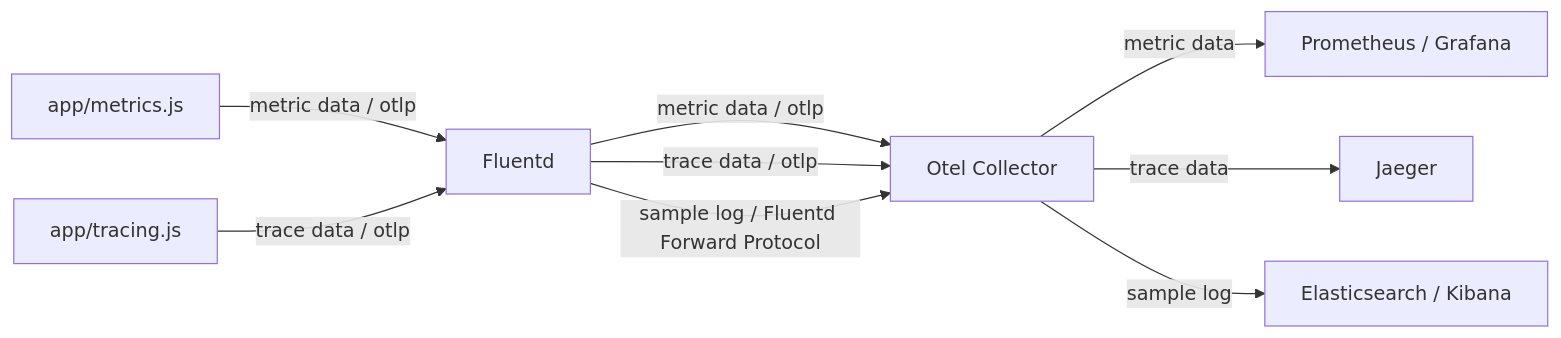
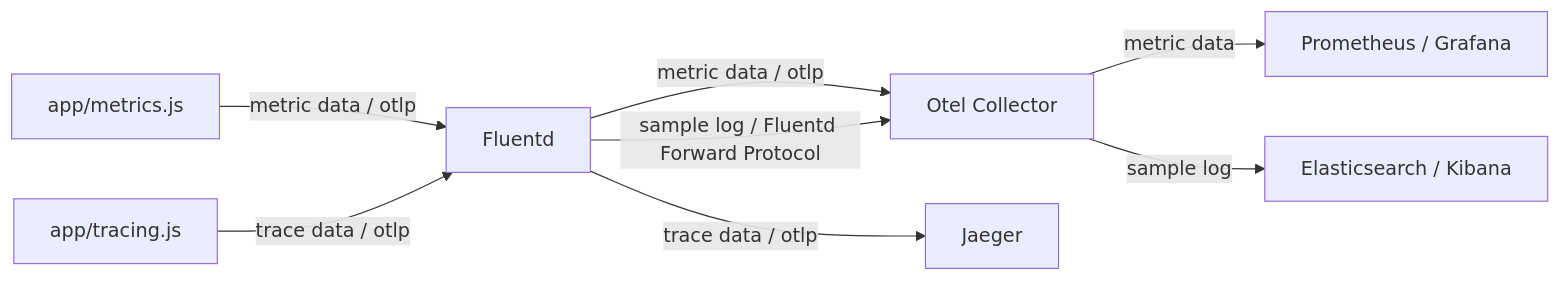
One commit to fluent-plugins-nursery/fluent-plugin-opentelemetry changed the diagram in example/README.md. Above: the diagram before and after it, drawn with Mermaid. The commit also changed 6 other files, not shown here.

````diff
--- a/example/README.md
+++ b/example/README.md
@@ -13,11 +13,10 @@
 ```mermaid
 flowchart LR
     A[app/metrics.js] -->|metric data / otlp| C[Fluentd]
     B[app/tracing.js] -->|trace data / otlp| C[Fluentd]
     C[Fluentd] -->|metric data / otlp| D[Otel Collector]
-    C[Fluentd] -->|trace data / otlp| D[Otel Collector]
+    C[Fluentd] -->|trace data / otlp| F[Jaeger]
     C[Fluentd] -->|sample log / Fluentd Forward Protocol| D[Otel Collector]
     D[Otel Collector] -->|metric data| E[Prometheus / Grafana]
-    D[Otel Collector] -->|trace data| F[Jaeger]
     D[Otel Collector] -->|sample log| G[Elasticsearch / Kibana]
 ```
````
